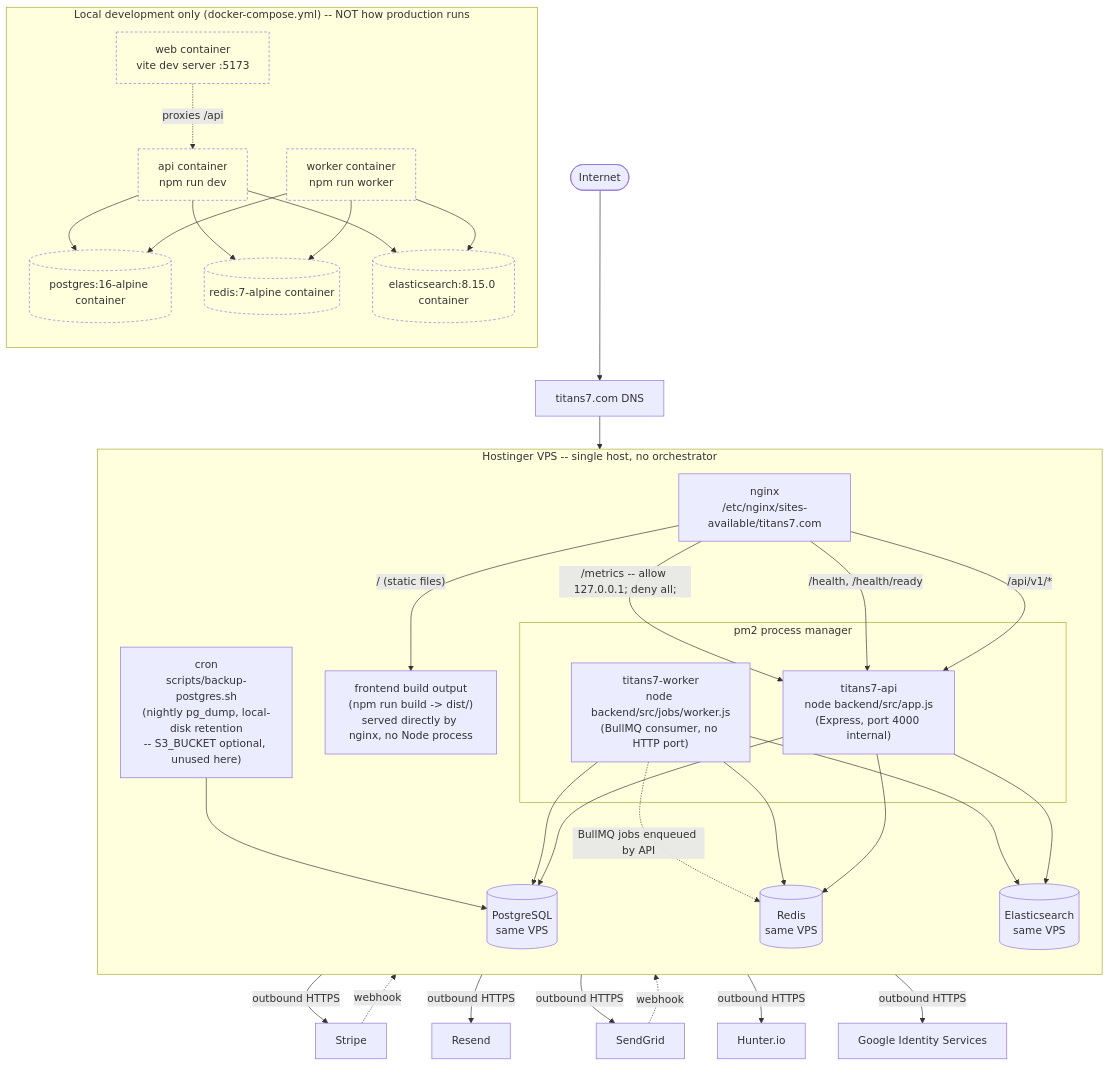
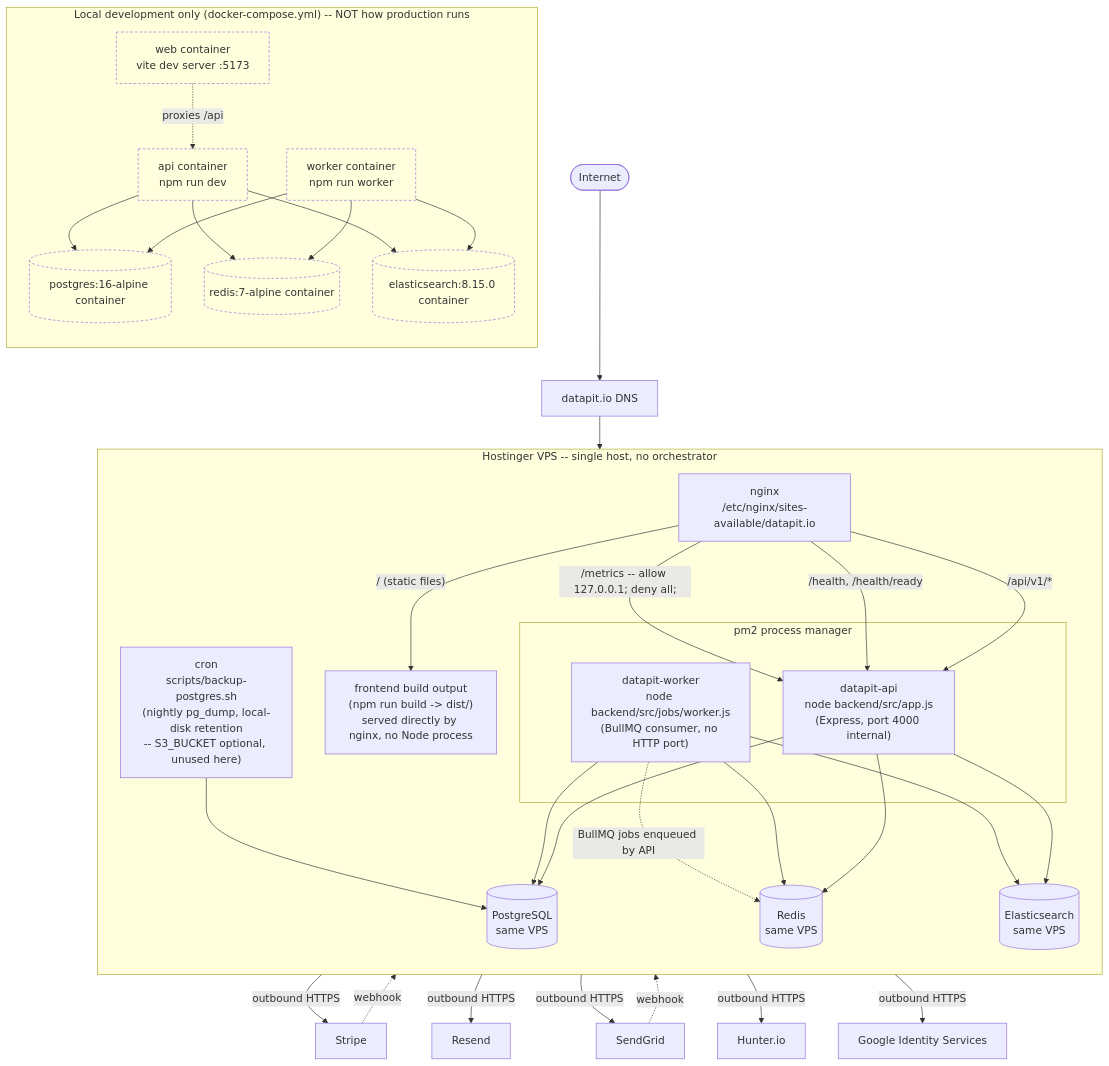
One commit to nyxashu25/signalbase changed the diagram in docs/08-deployment.mermaid. Above: the diagram before and after it, drawn with Mermaid. The commit also changed 7 other files, not shown here.

Commit message:
Move production from titans7.com to datapit.io: runbook, diagrams, env comments, TODO

```diff
--- a/docs/08-deployment.mermaid
+++ b/docs/08-deployment.mermaid
@@ -1,60 +1,60 @@
 flowchart TB
-    Internet(["Internet"]) --> DNS["titans7.com DNS"]
+    Internet(["Internet"]) --> DNS["datapit.io DNS"]
     DNS --> Nginx
 
     subgraph vps["Hostinger VPS -- single host, no orchestrator"]
         direction TB
-        Nginx["nginx<br/>/etc/nginx/sites-available/titans7.com"]
+        Nginx["nginx<br/>/etc/nginx/sites-available/datapit.io"]
 
         Nginx -->|"/ (static files)"| StaticBuild["frontend build output<br/>(npm run build -> dist/)<br/>served directly by nginx, no Node process"]
         Nginx -->|"/api/v1/*"| ApiProc
         Nginx -->|"/health, /health/ready"| ApiProc
         Nginx -->|"/metrics -- allow 127.0.0.1; deny all;"| ApiProc
 
         subgraph pm2["pm2 process manager"]
-            ApiProc["titans7-api<br/>node backend/src/app.js<br/>(Express, port 4000 internal)"]
-            WorkerProc["titans7-worker<br/>node backend/src/jobs/worker.js<br/>(BullMQ consumer, no HTTP port)"]
+            ApiProc["datapit-api<br/>node backend/src/app.js<br/>(Express, port 4000 internal)"]
+            WorkerProc["datapit-worker<br/>node backend/src/jobs/worker.js<br/>(BullMQ consumer, no HTTP port)"]
         end
 
         PgLocal[("PostgreSQL<br/>same VPS")]
         RedisLocal[("Redis<br/>same VPS")]
         EsLocal[("Elasticsearch<br/>same VPS")]
 
         ApiProc --> PgLocal
         ApiProc --> RedisLocal
         ApiProc --> EsLocal
         WorkerProc --> PgLocal
         WorkerProc --> RedisLocal
         WorkerProc --> EsLocal
         WorkerProc -.->|BullMQ jobs enqueued by API| RedisLocal
 
         Cron["cron<br/>scripts/backup-postgres.sh<br/>(nightly pg_dump, local-disk retention<br/>-- S3_BUCKET optional, unused here)"] --> PgLocal
     end
 
     ApiProc -->|outbound HTTPS| Stripe["Stripe"]
     ApiProc -->|outbound HTTPS| Resend["Resend"]
     WorkerProc -->|outbound HTTPS| SendGrid["SendGrid"]
     ApiProc -->|outbound HTTPS| Hunter["Hunter.io"]
     ApiProc -->|outbound HTTPS| GoogleAPI["Google Identity Services"]
     Stripe -.->|webhook| Nginx
     SendGrid -.->|webhook| Nginx
 
     subgraph localdev["Local development only (docker-compose.yml) -- NOT how production runs"]
         direction TB
         DCPostgres[("postgres:16-alpine container")]
         DCRedis[("redis:7-alpine container")]
         DCEs[("elasticsearch:8.15.0 container")]
         DCApi["api container<br/>npm run dev"]
         DCWorker["worker container<br/>npm run worker"]
         DCWeb["web container<br/>vite dev server :5173"]
         DCApi --> DCPostgres
         DCApi --> DCRedis
         DCApi --> DCEs
         DCWorker --> DCPostgres
         DCWorker --> DCRedis
         DCWorker --> DCEs
         DCWeb -.->|proxies /api| DCApi
     end
 
     classDef localdev fill:transparent,stroke-dasharray: 4 3;
     class DCPostgres,DCRedis,DCEs,DCApi,DCWorker,DCWeb localdev;
```
